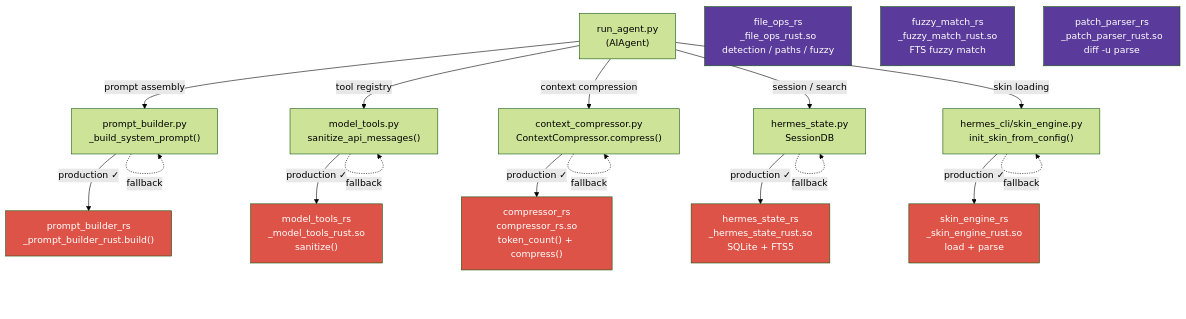
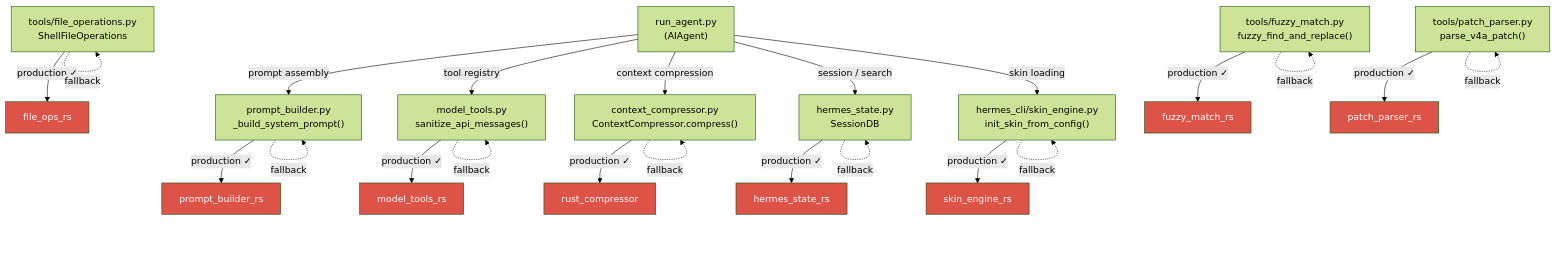
The diagram in README.md (agent-bob-the-builder/hermes-agent-ferris-fork), drawn with Mermaid (forest theme) before and after one commit. The commit also changed other lines of this file, not shown here.

````diff
--- a/README.md
+++ b/README.md
@@ -41,48 +53,60 @@
 ```mermaid
 graph TD
     RA["run_agent.py<br/>(AIAgent)"]
     PCP["prompt_builder.py<br/>_build_system_prompt()"]
     CCP["context_compressor.py<br/>ContextCompressor.compress()"]
     MTP["model_tools.py<br/>sanitize_api_messages()"]
     SST["hermes_state.py<br/>SessionDB"]
     SHE["hermes_cli/skin_engine.py<br/>init_skin_from_config()"]
+    FOP["tools/file_operations.py<br/>ShellFileOperations"]
+    FUZ["tools/fuzzy_match.py<br/>fuzzy_find_and_replace()"]
+    PAT["tools/patch_parser.py<br/>parse_v4a_patch()"]
 
-    PB_RS["prompt_builder_rs<br/>_prompt_builder_rust.build()"]
-    CO_RS["compressor_rs<br/>compressor_rs.so<br/>token_count() + compress()"]
-    MT_RS["model_tools_rs<br/>_model_tools_rust.so<br/>sanitize()"]
-    HS_RS["hermes_state_rs<br/>_hermes_state_rust.so<br/>SQLite + FTS5"]
-    SK_RS["skin_engine_rs<br/>_skin_engine_rust.so<br/>load + parse"]
-    FO_RS["file_ops_rs<br/>_file_ops_rust.so<br/>detection / paths / fuzzy"]
-    FM_RS["fuzzy_match_rs<br/>_fuzzy_match_rust.so<br/>FTS fuzzy match"]
-    PP_RS["patch_parser_rs<br/>_patch_parser_rust.so<br/>diff -u parse"]
+    PB_RS["prompt_builder_rs"]
+    CO_RS["rust_compressor"]
+    MT_RS["model_tools_rs"]
+    HS_RS["hermes_state_rs"]
+    SK_RS["skin_engine_rs"]
+    FO_RS["file_ops_rs"]
+    FM_RS["fuzzy_match_rs"]
+    PP_RS["patch_parser_rs"]
 
     RA -->|"prompt assembly"| PCP
     RA -->|"tool registry"| MTP
     RA -->|"context compression"| CCP
     RA -->|"session / search"| SST
     RA -->|"skin loading"| SHE
 
     PCP -->|"production ✓"| PB_RS
     PCP -.->|"fallback"| PCP
 
     CCP -->|"production ✓"| CO_RS
     CCP -.->|"fallback"| CCP
 
     MTP -->|"production ✓"| MT_RS
     MTP -.->|"fallback"| MTP
 
     SST -->|"production ✓"| HS_RS
     SST -.->|"fallback"| SST
 
     SHE -->|"production ✓"| SK_RS
     SHE -.->|"fallback"| SHE
 
+    FOP -->|"production ✓"| FO_RS
+    FOP -.->|"fallback"| FOP
+
+    FUZ -->|"production ✓"| FM_RS
+    FUZ -.->|"fallback"| FUZ
+
+    PAT -->|"production ✓"| PP_RS
+    PAT -.->|"fallback"| PAT
+
     style PB_RS fill:#de5347,color:#fff
     style CO_RS fill:#de5347,color:#fff
     style MT_RS fill:#de5347,color:#fff
     style HS_RS fill:#de5347,color:#fff
     style SK_RS fill:#de5347,color:#fff
-    style FO_RS fill:#5a3a9a,color:#fff
-    style FM_RS fill:#5a3a9a,color:#fff
-    style PP_RS fill:#5a3a9a,color:#fff
+    style FO_RS fill:#de5347,color:#fff
+    style FM_RS fill:#de5347,color:#fff
+    style PP_RS fill:#de5347,color:#fff
 ```
````
